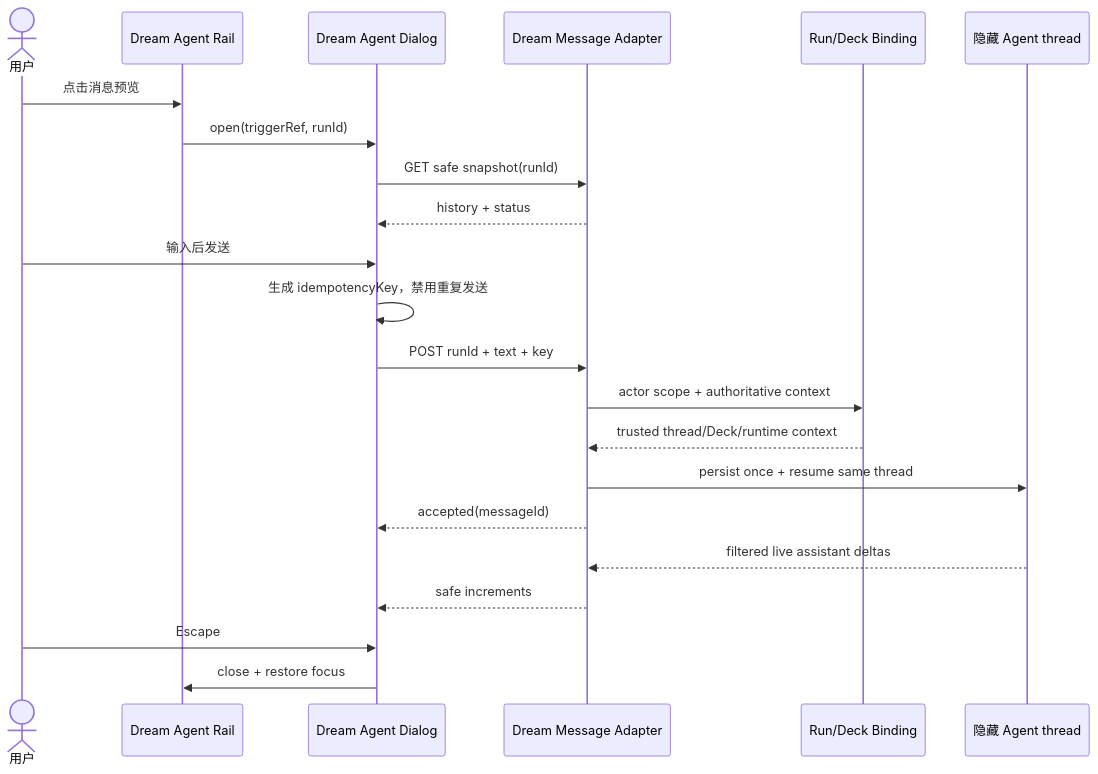
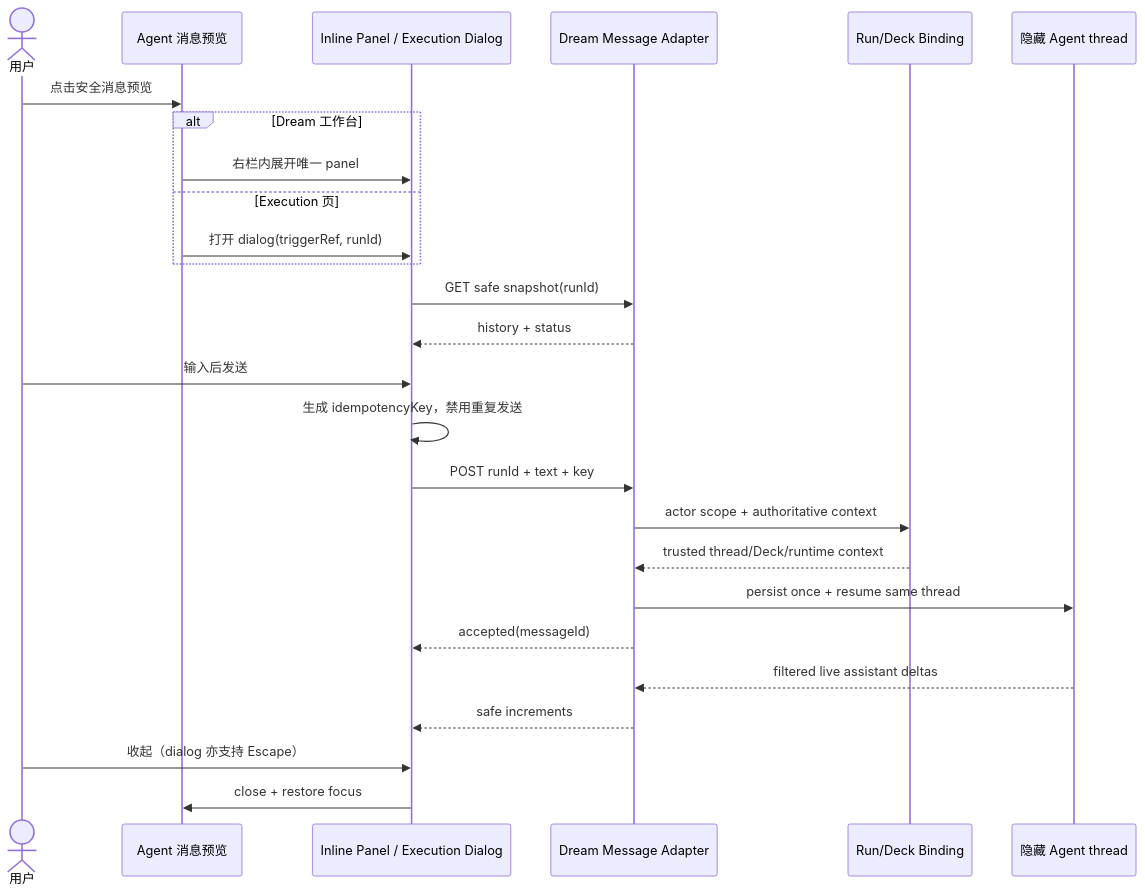
The fourth of 5 diagrams in docs/design/story-workspace/design_008_dream-reentry-and-agent-workbench.md (glide-the/im-dream), drawn with Mermaid before and after one commit. The commit also changed other lines of this file and 23 other files, not shown here.

````diff
--- a/docs/design/story-workspace/design_008_dream-reentry-and-agent-workbench.md
+++ b/docs/design/story-workspace/design_008_dream-reentry-and-agent-workbench.md
@@ -427,25 +455,29 @@
 ```mermaid
 sequenceDiagram
     actor U as 用户
-    participant Rail as Dream Agent Rail
-    participant Dialog as Dream Agent Dialog
+    participant Preview as Agent 消息预览
+    participant Surface as Inline Panel / Execution Dialog
     participant API as Dream Message Adapter
     participant Run as Run/Deck Binding
     participant Thread as 隐藏 Agent thread
 
-    U->>Rail: 点击消息预览
-    Rail->>Dialog: open(triggerRef, runId)
-    Dialog->>API: GET safe snapshot(runId)
-    API-->>Dialog: history + status
-    U->>Dialog: 输入后发送
-    Dialog->>Dialog: 生成 idempotencyKey，禁用重复发送
-    Dialog->>API: POST runId + text + key
+    U->>Preview: 点击安全消息预览
+    alt Dream 工作台
+        Preview->>Surface: 右栏内展开唯一 panel
+    else Execution 页
+        Preview->>Surface: 打开 dialog(triggerRef, runId)
+    end
+    Surface->>API: GET safe snapshot(runId)
+    API-->>Surface: history + status
+    U->>Surface: 输入后发送
+    Surface->>Surface: 生成 idempotencyKey，禁用重复发送
+    Surface->>API: POST runId + text + key
     API->>Run: actor scope + authoritative context
     Run-->>API: trusted thread/Deck/runtime context
     API->>Thread: persist once + resume same thread
-    API-->>Dialog: accepted(messageId)
+    API-->>Surface: accepted(messageId)
     Thread-->>API: filtered live assistant deltas
-    API-->>Dialog: safe increments
-    U->>Dialog: Escape
-    Dialog->>Rail: close + restore focus
+    API-->>Surface: safe increments
+    U->>Surface: 收起（dialog 亦支持 Escape）
+    Surface->>Preview: close + restore focus
 ```
````
